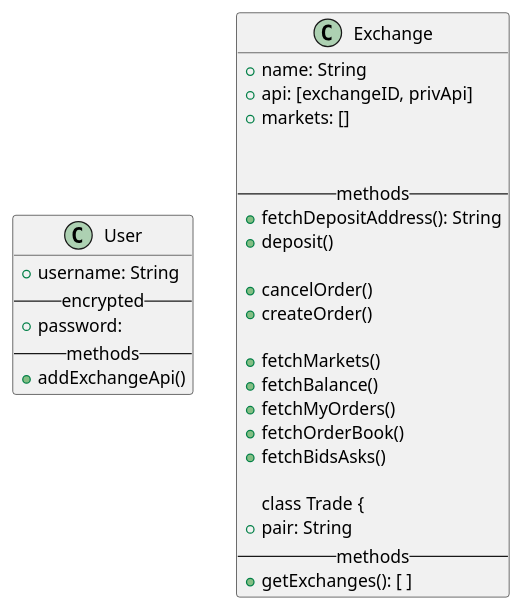
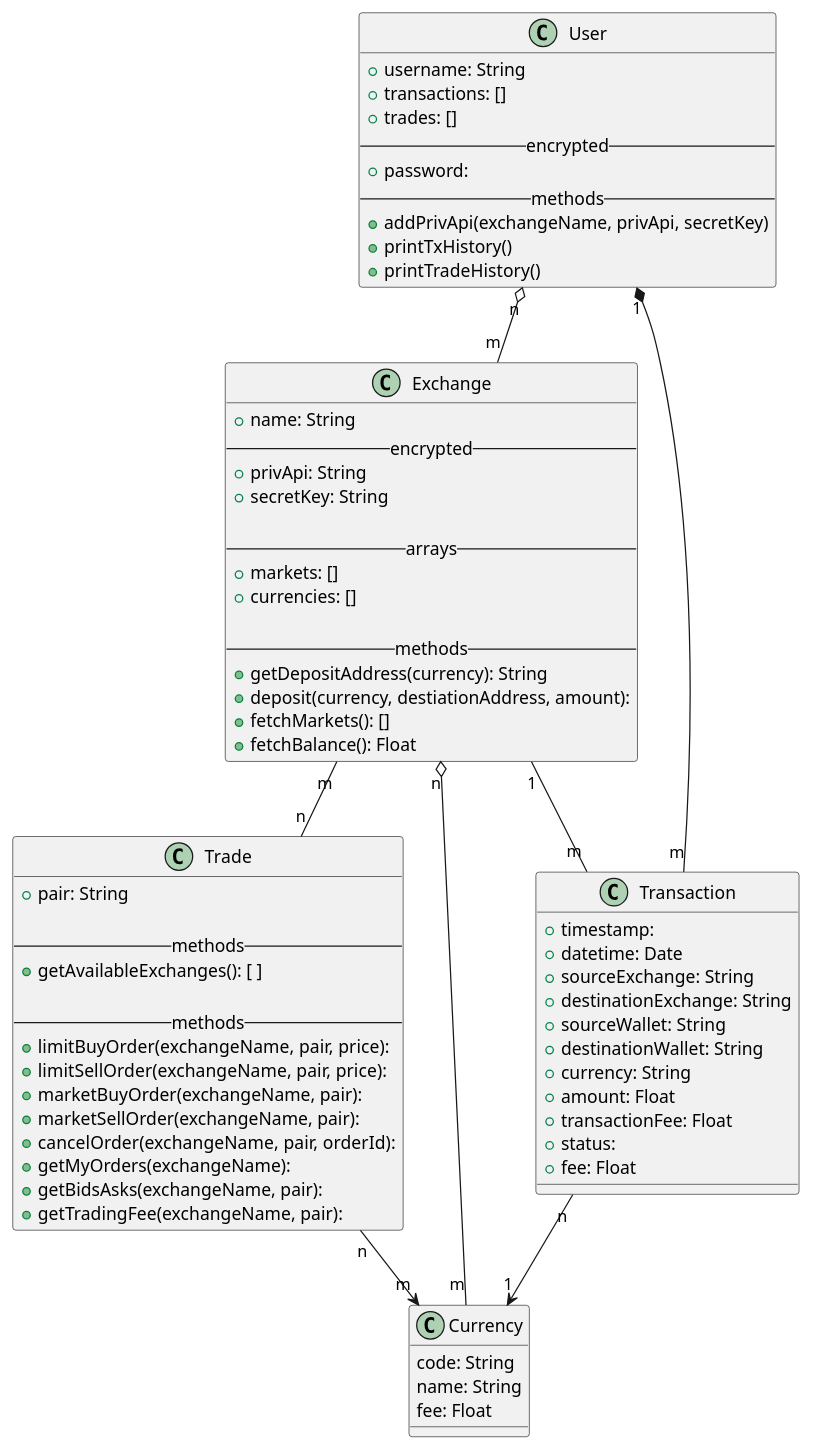
Before and after one commit to enderpiyale/Arbatron: the diagram in backend/class-diagram.puml, drawn with PlantUML. The commit also changed 2 other files, not shown here.

Commit message:
UML diagram updated

```diff
--- a/backend/class-diagram.puml
+++ b/backend/class-diagram.puml
@@ -1,45 +1,77 @@
 @startuml "Class Diagram"
 
 class User {
     + username: String
+    + transactions: []
+    + trades: []
     -- encrypted --
     + password: 
     -- methods --
-    + addExchangeApi()
+    + addPrivApi(exchangeName, privApi, secretKey)
+    + printTxHistory()
+    + printTradeHistory()
 }
 
 class Exchange {
     + name: String
-    + api: [exchangeID, privApi]
-    + markets: [] 
-    
-    'markets':         { ... }          // dictionary of markets/pairs by symbol
-    'symbols':         [ ... ]          // sorted list of string symbols (traded pairs)
-    'currencies':      { ... }          // dictionary of currencies by currency code
-    'markets_by_id':   { ... },         // dictionary of dictionaries (markets) by id
-    'apiKey':   '92560ffae9b8a0421...', // string public apiKey (ASCII, hex, Base64, ...)
-    'secret':   '9aHjPmW+EtRRKN/Oi...'  // string private secret key
-    'password': '6kszf4aci8r',          // string password
-    'uid':      '123456',               // string user id
-    
+    -- encrypted --
+    + privApi: String
+    + secretKey: String
+
+    -- arrays --
+    + markets: []
+    + currencies: [] 
+
     -- methods --
-    + fetchDepositAddress(): String
-    + deposit()
-
-    + cancelOrder()
-    + createOrder()
-
-    + fetchMarkets()
-    + fetchBalance()
-    + fetchMyOrders()
-    + fetchOrderBook()
-    + fetchBidsAsks()
+    + getDepositAddress(currency): String
+    + deposit(currency, destiationAddress, amount):
+    + fetchMarkets(): []
+    + fetchBalance(): Float
+}
 
 class Trade {
     + pair: String 
+
     -- methods --
-    + getExchanges(): [ ]
+    + getAvailableExchanges(): [ ]
+    
+    -- methods --
+    + limitBuyOrder(exchangeName, pair, price):
+    + limitSellOrder(exchangeName, pair, price):
+    + marketBuyOrder(exchangeName, pair):
+    + marketSellOrder(exchangeName, pair):
+    + cancelOrder(exchangeName, pair, orderId):
+    + getMyOrders(exchangeName):
+    + getBidsAsks(exchangeName, pair):
+    + getTradingFee(exchangeName, pair):
 }
 
+class Transaction {
+    + timestamp:
+    + datetime: Date
+    + sourceExchange: String
+    + destinationExchange: String
+    + sourceWallet: String
+    + destinationWallet: String
+    + currency: String 
+    + amount: Float
+    + transactionFee: Float
+    + status: 
+    + fee: Float
+}
+
+class Currency {
+    code: String
+    name: String
+    fee: Float
+}
+
+User "1" *-- "m" Transaction
+User "n" o-- "m" Exchange
+Trade "n" --> "m" Currency
+Transaction "n" --> "1" Currency
+Exchange "m" -- "n" Trade
+Exchange "1" -- "m" Transaction
+Exchange "n" o-- "m" Currency
 
 @enduml
```
